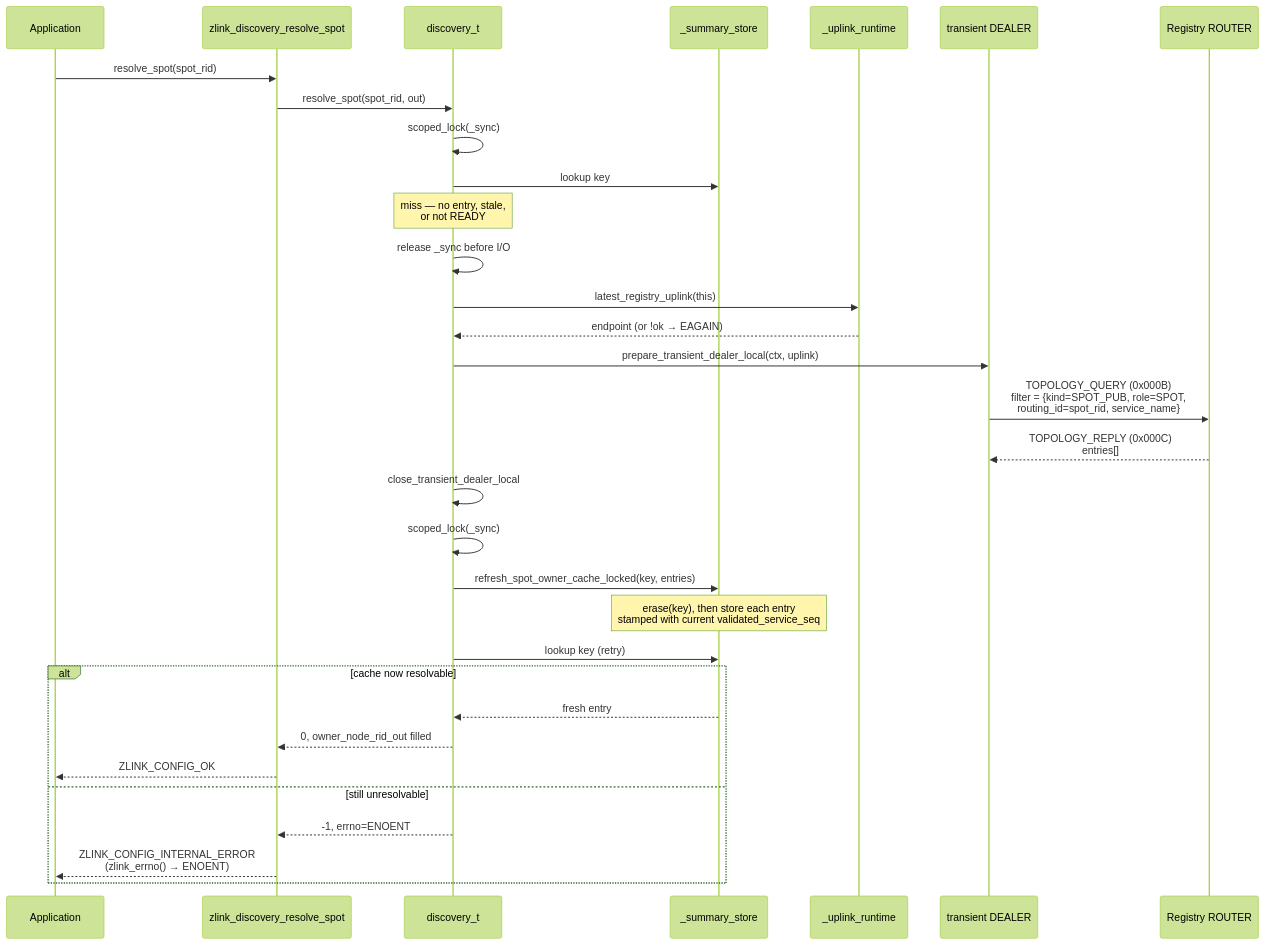
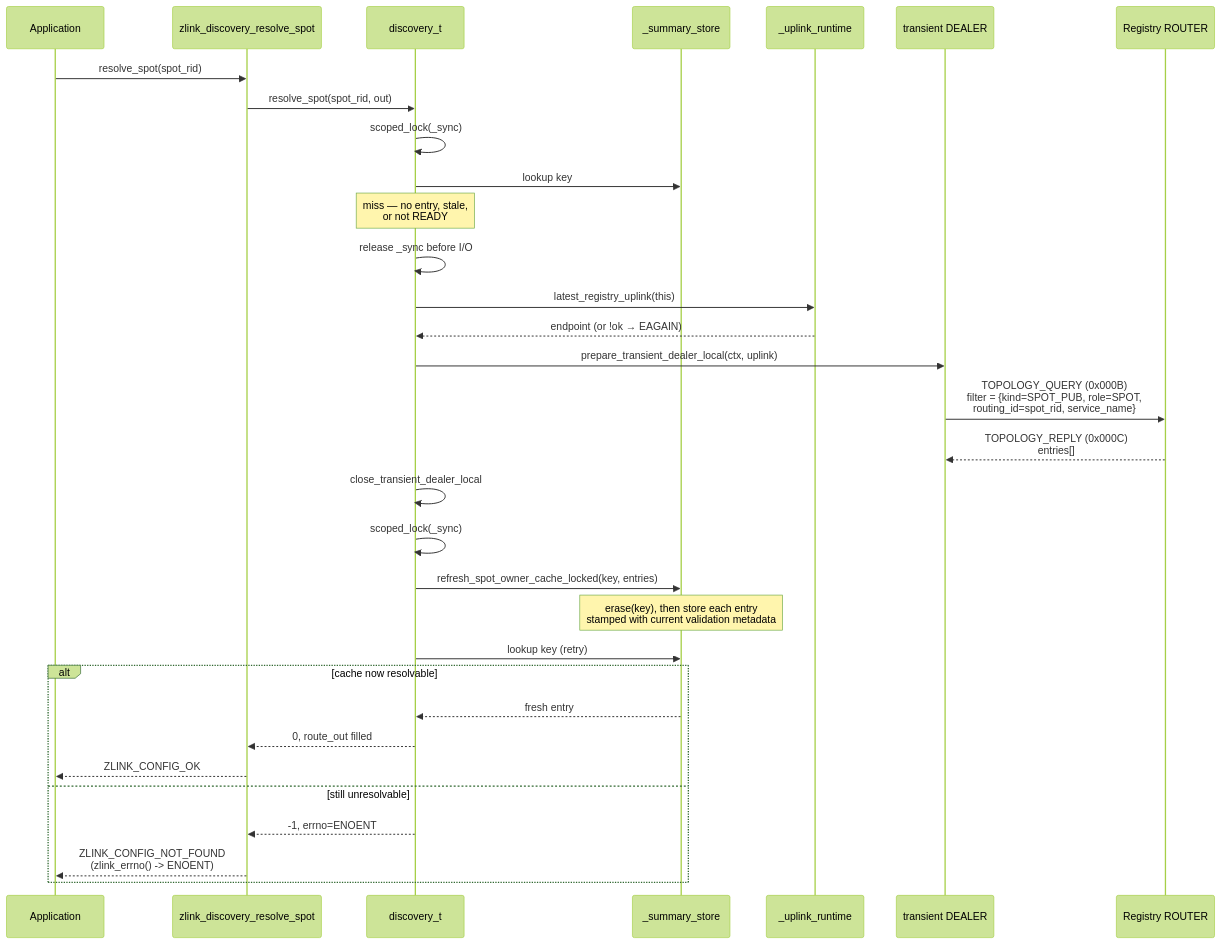
One commit to kairos-code-dev/zlink changed the tenth of 11 diagrams in doc/internals/discovery-internals.md. Above: the diagram before and after it, drawn with Mermaid (forest theme). The commit also changed other lines of this file and 194 other files, not shown here.

````diff
--- a/doc/internals/discovery-internals.md
+++ b/doc/internals/discovery-internals.md
@@ -368,36 +368,36 @@
 ```mermaid
 sequenceDiagram
     participant App as Application
     participant API as zlink_discovery_resolve_spot
     participant Disc as discovery_t
     participant Store as _summary_store
     participant Uplink as _uplink_runtime
     participant Dealer as transient DEALER
     participant Reg as Registry ROUTER
 
     App->>API: resolve_spot(spot_rid)
     API->>Disc: resolve_spot(spot_rid, out)
     Disc->>Disc: scoped_lock(_sync)
     Disc->>Store: lookup key
     Note over Disc: miss — no entry, stale,<br/>or not READY
     Disc->>Disc: release _sync before I/O
     Disc->>Uplink: latest_registry_uplink(this)
     Uplink-->>Disc: endpoint (or !ok → EAGAIN)
     Disc->>Dealer: prepare_transient_dealer_local(ctx, uplink)
     Dealer->>Reg: TOPOLOGY_QUERY (0x000B)<br/>filter = {kind=SPOT_PUB, role=SPOT,<br/>routing_id=spot_rid, service_name}
     Reg-->>Dealer: TOPOLOGY_REPLY (0x000C)<br/>entries[]
     Disc->>Disc: close_transient_dealer_local
 
     Disc->>Disc: scoped_lock(_sync)
     Disc->>Store: refresh_spot_owner_cache_locked(key, entries)
-    Note over Store: erase(key), then store each entry<br/>stamped with current validated_service_seq
+    Note over Store: erase(key), then store each entry<br/>stamped with current validation metadata
     Disc->>Store: lookup key (retry)
     alt cache now resolvable
         Store-->>Disc: fresh entry
-        Disc-->>API: 0, owner_node_rid_out filled
+        Disc-->>API: 0, route_out filled
         API-->>App: ZLINK_CONFIG_OK
     else still unresolvable
         Disc-->>API: -1, errno=ENOENT
-        API-->>App: ZLINK_CONFIG_INTERNAL_ERROR<br/>(zlink_errno() → ENOENT)
+        API-->>App: ZLINK_CONFIG_NOT_FOUND<br/>(zlink_errno() -> ENOENT)
     end
 ```
````
